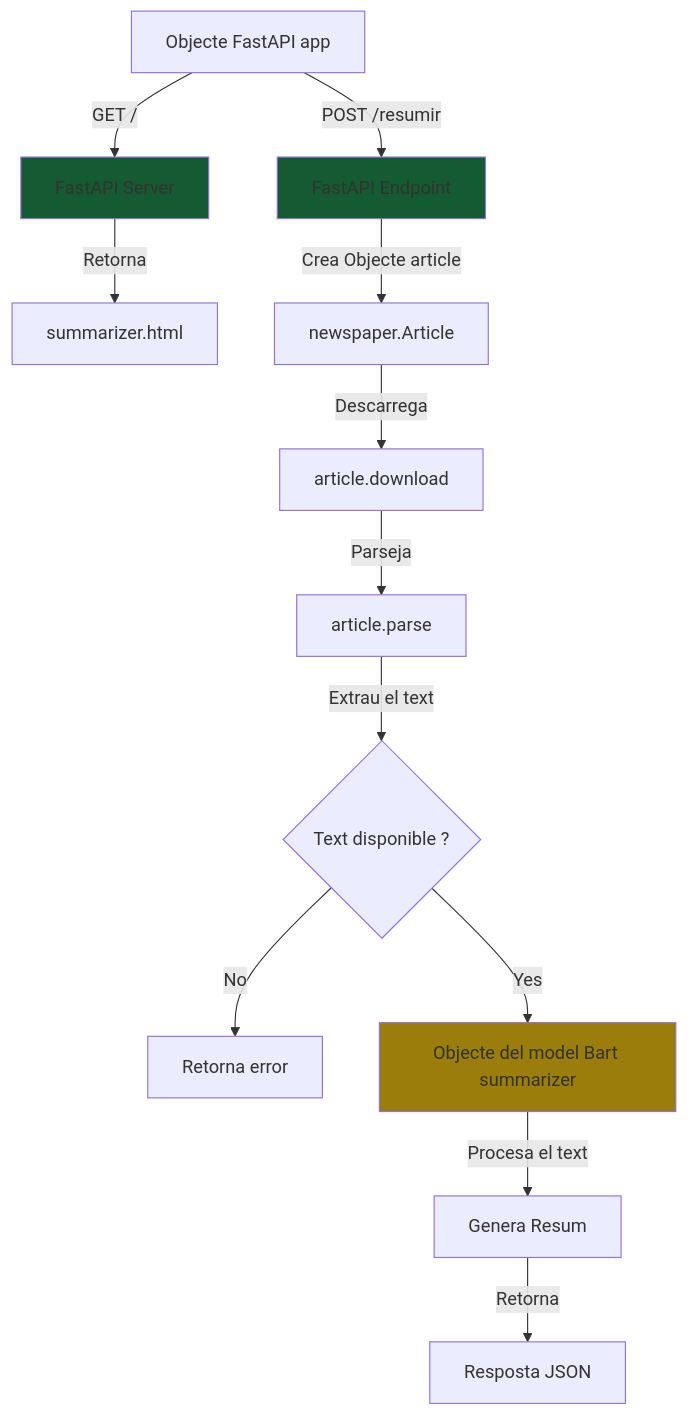
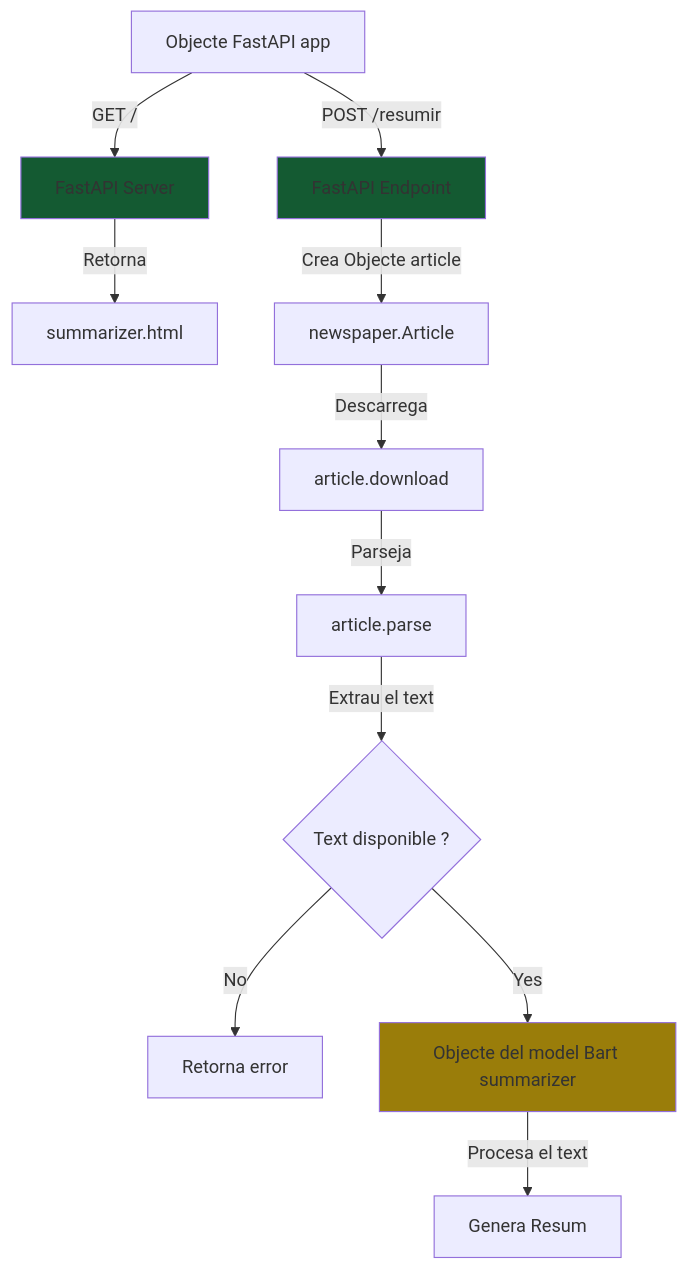
One commit to OriolFiblaSancho/ResuNews changed the diagram in README.md. Above: the diagram before and after it, drawn with Mermaid.

````diff
--- a/README.md
+++ b/README.md
@@ -26,20 +26,19 @@
 ```mermaid
 flowchart TD
     A[Objecte FastAPI app] -->|GET /| B[FastAPI Server]
     B -->|Retorna| C[summarizer.html]
     
     A -->|POST /resumir| D[FastAPI Endpoint]
     D -->|Crea Objecte article| E[newspaper.Article]
     E -->|Descarrega| F[article.download]
     F -->|Parseja| G[article.parse]
     G -->|Extrau el text| H{Text disponible ? }
     
     H -->|No| I[Retorna error]
     H -->|Yes| J[Objecte del model Bart summarizer]
     J -->|Procesa el text| K[Genera Resum]
-    K -->|Retorna| L[Resposta JSON]
     
     style B fill: #145a32 
     style D fill: #145a32 
     style J fill: #9a7d0a 
 ```
````
